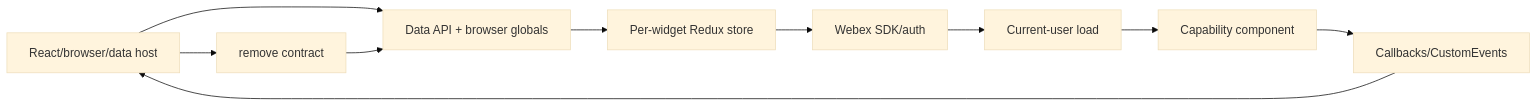
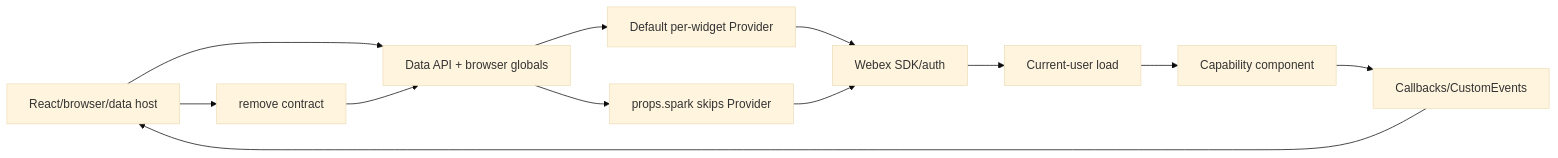
Before and after one commit to webex/react-widgets: the first of 4 diagrams in ai-docs/modules/widget-runtime-auth-spec.md, drawn with Mermaid (base theme). The commit also changed other lines of this file and 5 other files, not shown here.

````diff
--- a/ai-docs/modules/widget-runtime-auth-spec.md
+++ b/ai-docs/modules/widget-runtime-auth-spec.md
@@ -116,12 +116,14 @@
 ```mermaid
 flowchart LR
   Host[React/browser/data host] --> Registry[Data API + browser globals]
-  Registry --> Store[Per-widget Redux store]
-  Store --> Auth[Webex SDK/auth]
+  Registry --> DefaultStore[Default per-widget Provider]
+  Registry --> SparkPath[props.spark skips Provider]
+  DefaultStore --> Auth[Webex SDK/auth]
+  SparkPath --> Auth
   Auth --> User[Current-user load]
   User --> Widget[Capability component]
   Widget --> Events[Callbacks/CustomEvents]
   Events --> Host
   Host --> Remove[remove contract]
   Remove --> Registry
 ```
````
